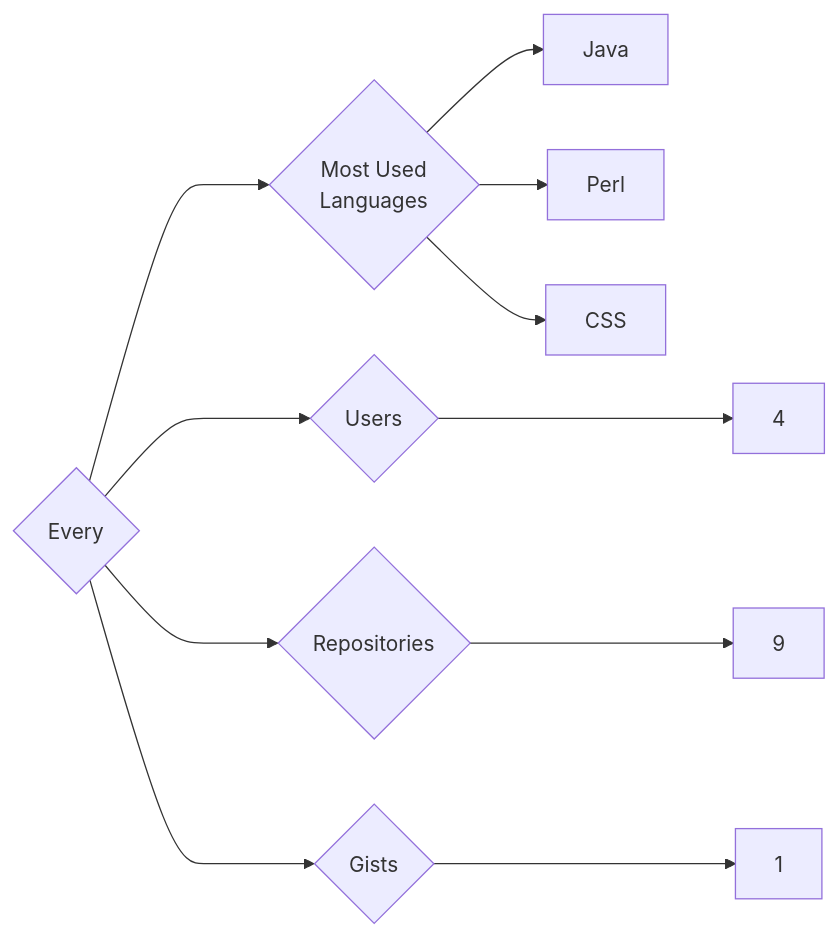
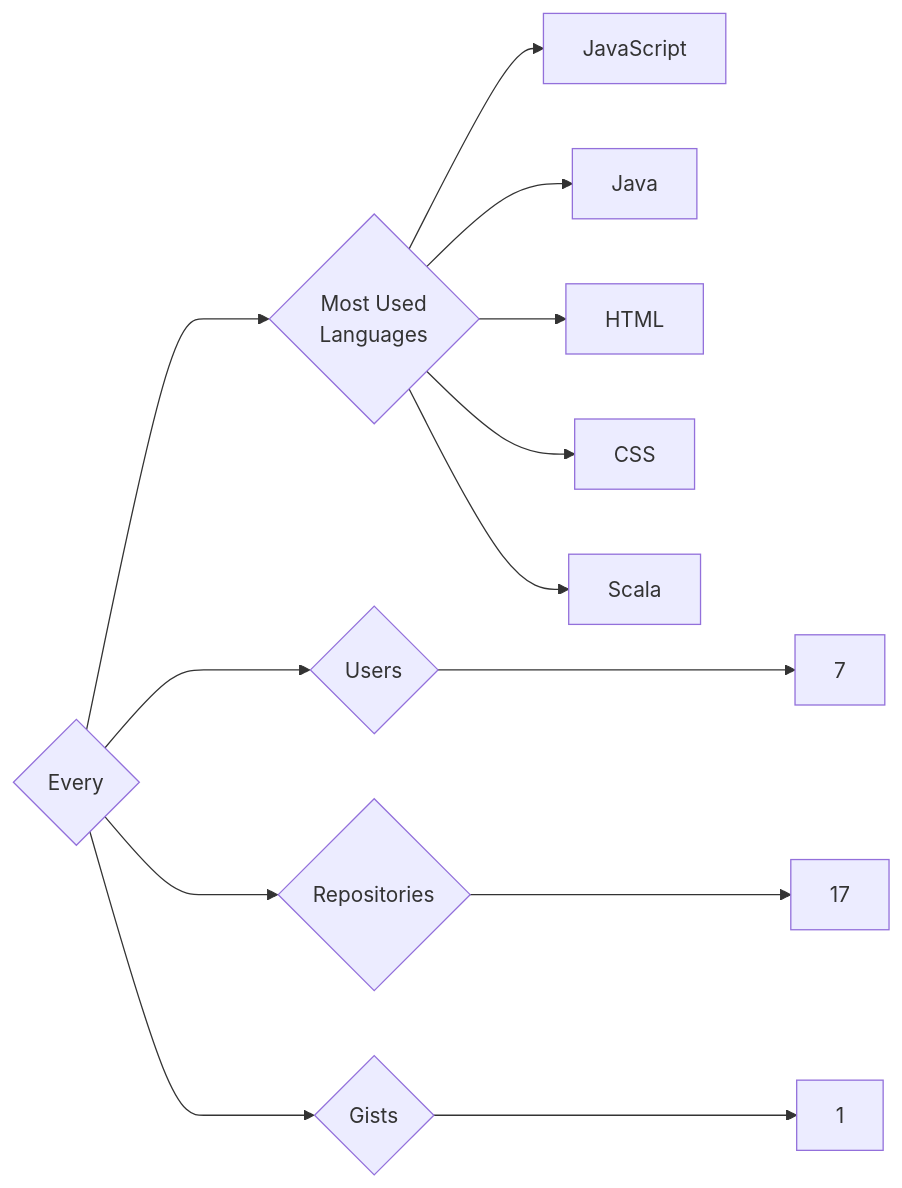
The diagram in targets/Every/README.md (trickest/insiders), drawn with Mermaid before and after one commit. The commit also changed 679 other files, not shown here.

````diff
--- a/targets/Every/README.md
+++ b/targets/Every/README.md
@@ -3,11 +3,13 @@
 ```mermaid
 graph LR
 COMPANY_NAME{Every}
-COMPANY_NAME ---> U{Users} ---> UN[4]
-COMPANY_NAME ---> R{Repositories} ---> RN[9]
+COMPANY_NAME ---> U{Users} ---> UN[7]
+COMPANY_NAME ---> R{Repositories} ---> RN[17]
 COMPANY_NAME ---> G{Gists} ---> GN[1]
 COMPANY_NAME ---> ML{Most Used<br>Languages}
+ML --> JavaScript[JavaScript]
 ML --> Java[Java]
-ML --> Perl[Perl]
+ML --> HTML[HTML]
 ML --> CSS[CSS]
+ML --> Scala[Scala]
 ```
````
